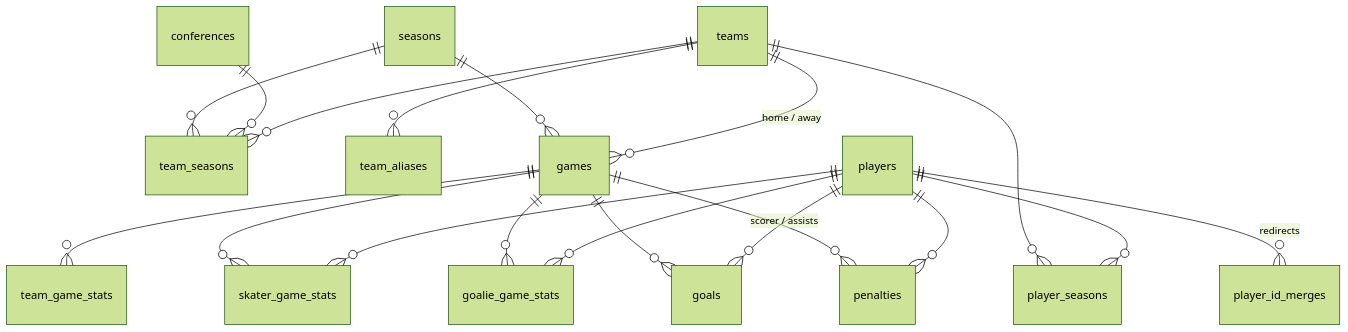
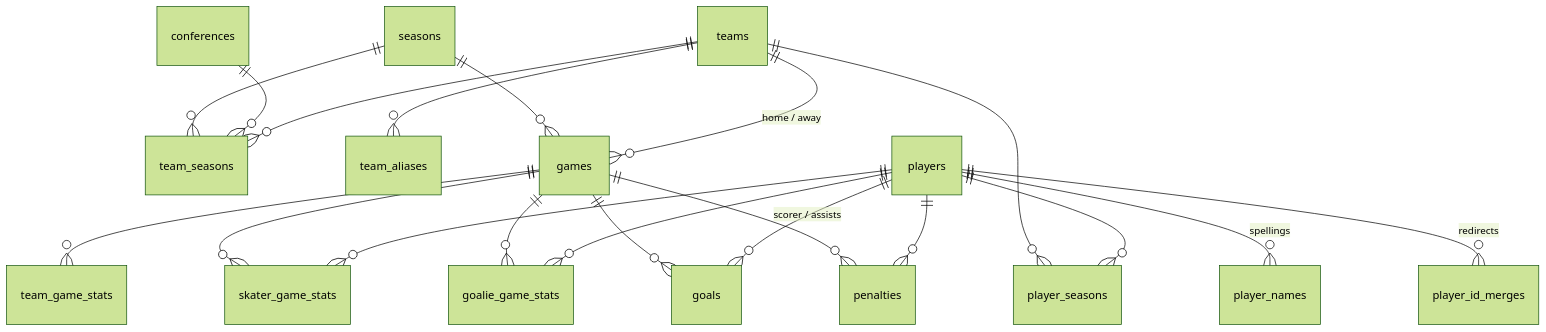
One commit to TrentRice/College-Hockey-Intel-Reporting-Platform changed the diagram in docs/schema.md. Above: the diagram before and after it, drawn with Mermaid (forest theme). The commit also changed other lines of this file and 36 other files, not shown here.

````diff
--- a/docs/schema.md
+++ b/docs/schema.md
@@ -9,21 +9,22 @@
 ```mermaid
 erDiagram
     seasons ||--o{ team_seasons : ""
     conferences ||--o{ team_seasons : ""
     teams ||--o{ team_seasons : ""
     teams ||--o{ team_aliases : ""
     teams ||--o{ player_seasons : ""
     players ||--o{ player_seasons : ""
+    players ||--o{ player_names : "spellings"
     players ||--o{ player_id_merges : "redirects"
     seasons ||--o{ games : ""
     teams ||--o{ games : "home / away"
     games ||--o{ team_game_stats : ""
     games ||--o{ skater_game_stats : ""
     games ||--o{ goalie_game_stats : ""
     games ||--o{ goals : ""
     games ||--o{ penalties : ""
     players ||--o{ skater_game_stats : ""
     players ||--o{ goalie_game_stats : ""
     players ||--o{ goals : "scorer / assists"
     players ||--o{ penalties : ""
 ```
````
